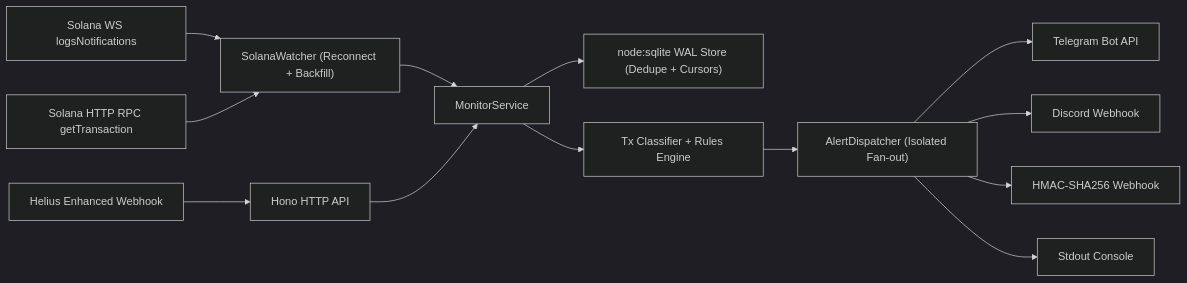
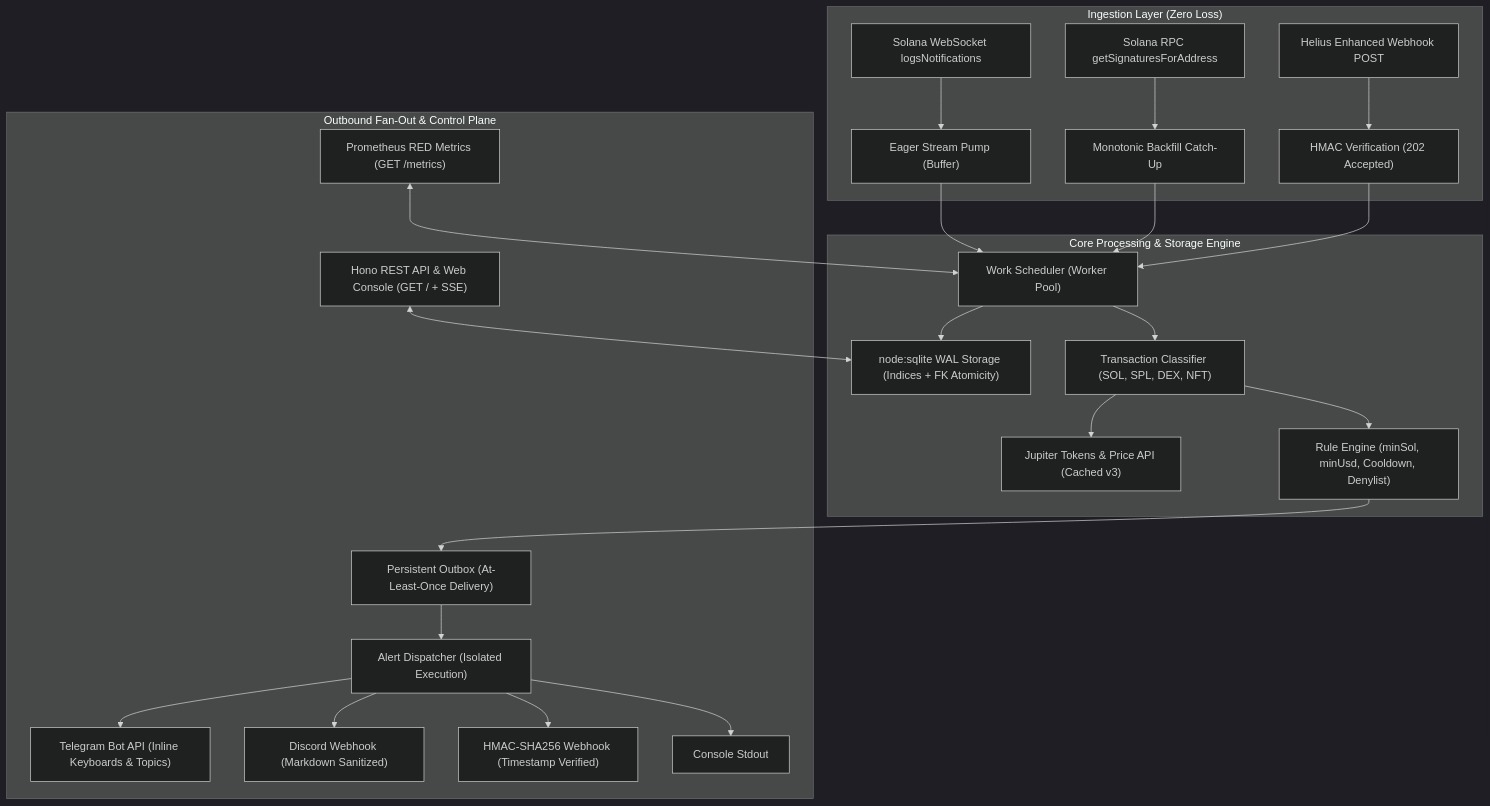
Before and after one commit to oscarbol09/solwatch: the diagram in README.md, drawn with Mermaid (dark theme). The commit also changed other lines of this file, not shown here.

````diff
--- a/README.md
+++ b/README.md
@@ -60,15 +160,29 @@
 ```mermaid
-flowchart LR
-    WS["Solana WS logsNotifications"] --> Watcher["SolanaWatcher (Reconnect + Backfill)"]
-    RPC["Solana HTTP RPC getTransaction"] --> Watcher
-    Helius["Helius Enhanced Webhook"] --> API["Hono HTTP API"]
-    Watcher --> Service["MonitorService"]
-    API --> Service
-    Service --> Store["node:sqlite WAL Store (Dedupe + Cursors)"]
-    Service --> Classifier["Tx Classifier + Rules Engine"]
-    Classifier --> Dispatcher["AlertDispatcher (Isolated Fan-out)"]
-    Dispatcher --> TG["Telegram Bot API"]
-    Dispatcher --> DC["Discord Webhook"]
-    Dispatcher --> WH["HMAC-SHA256 Webhook"]
-    Dispatcher --> CON["Stdout Console"]
+flowchart TD
+    subgraph Ingestion["Ingestion Layer (Zero Loss)"]
+        WS["Solana WebSocket logsNotifications"] --> EagerPump["Eager Stream Pump (Buffer)"]
+        RPC["Solana RPC getSignaturesForAddress"] --> Backfill["Monotonic Backfill Catch-Up"]
+        Helius["Helius Enhanced Webhook POST"] --> IngestAuth["HMAC Verification (202 Accepted)"]
+    end
+
+    subgraph Core["Core Processing & Storage Engine"]
+        EagerPump --> SchedQueue["Work Scheduler (Worker Pool)"]
+        Backfill --> SchedQueue
+        IngestAuth --> SchedQueue
+        SchedQueue --> SQLite["node:sqlite WAL Storage (Indices + FK Atomicity)"]
+        SchedQueue --> Classifier["Transaction Classifier (SOL, SPL, DEX, NFT)"]
+        Classifier --> PriceCache["Jupiter Tokens & Price API (Cached v3)"]
+        Classifier --> RuleEngine["Rule Engine (minSol, minUsd, Cooldown, Denylist)"]
+    end
+
+    subgraph Outbound["Outbound Fan-Out & Control Plane"]
+        RuleEngine --> Outbox["Persistent Outbox (At-Least-Once Delivery)"]
+        Outbox --> Dispatcher["Alert Dispatcher (Isolated Execution)"]
+        Dispatcher --> TG["Telegram Bot API (Inline Keyboards & Topics)"]
+        Dispatcher --> DC["Discord Webhook (Markdown Sanitized)"]
+        Dispatcher --> WH["HMAC-SHA256 Webhook (Timestamp Verified)"]
+        Dispatcher --> CON["Console Stdout"]
+        API["Hono REST API & Web Console (GET / + SSE)"] <--> SQLite
+        Prom["Prometheus RED Metrics (GET /metrics)"] <--> SchedQueue
+    end
 ```
````
